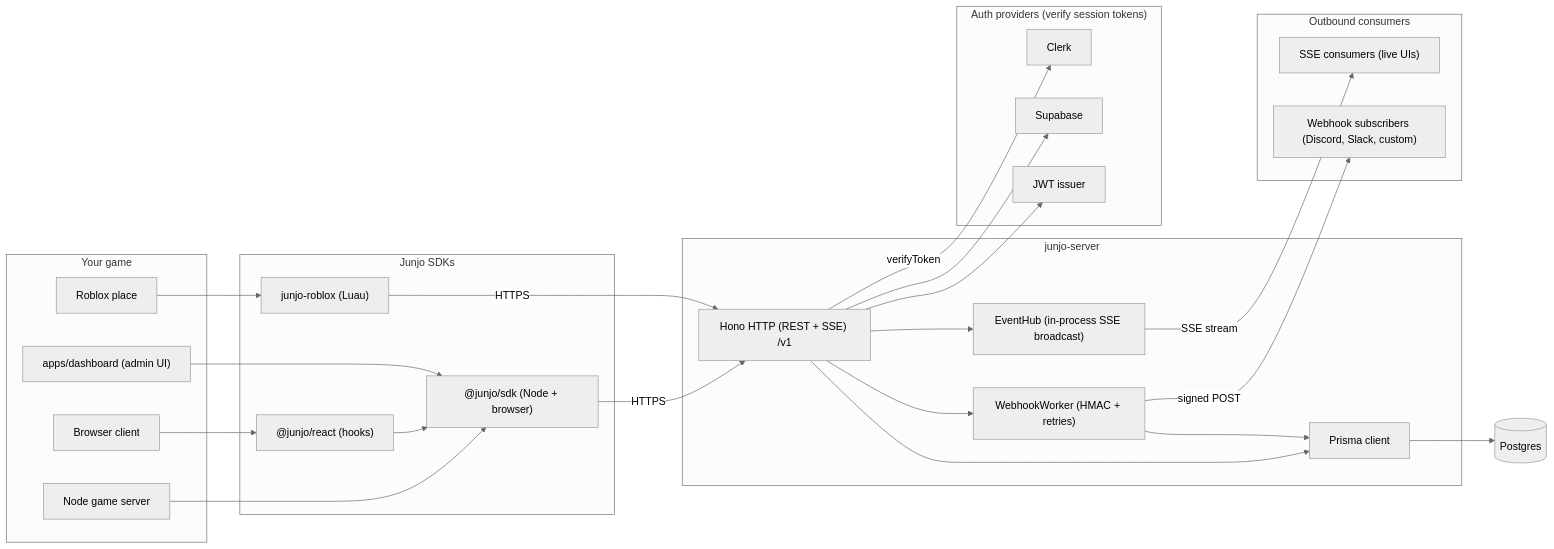
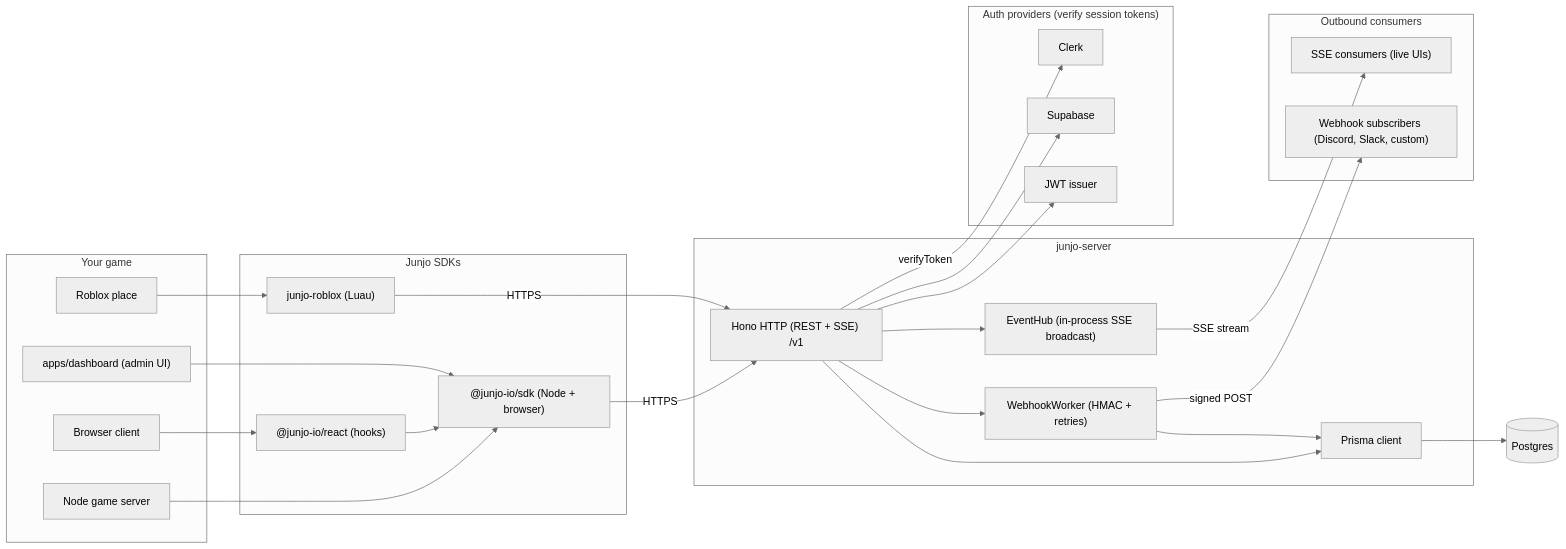
One commit to GabeCurran/junjo changed the diagram in apps/docs/pages/index.mdx. Above: the diagram before and after it, drawn with Mermaid. The commit also changed other lines of this file and 126 other files, not shown here.

````diff
--- a/apps/docs/pages/index.mdx
+++ b/apps/docs/pages/index.mdx
@@ -13,58 +13,58 @@
 ```mermaid
 %%{init: {'theme': 'neutral'}}%%
 flowchart LR
   subgraph clients["Your game"]
     nodeApp["Node game server"]
     browserApp["Browser client"]
     robloxApp["Roblox place"]
     dashboard["apps/dashboard (admin UI)"]
   end
 
   subgraph sdks["Junjo SDKs"]
-    tsSdk["@junjo/sdk (Node + browser)"]
-    reactSdk["@junjo/react (hooks)"]
+    tsSdk["@junjo-io/sdk (Node + browser)"]
+    reactSdk["@junjo-io/react (hooks)"]
     robloxSdk["junjo-roblox (Luau)"]
   end
 
   subgraph server["junjo-server"]
     hono["Hono HTTP (REST + SSE) /v1"]
     eventHub["EventHub (in-process SSE broadcast)"]
     webhookWorker["WebhookWorker (HMAC + retries)"]
     prisma["Prisma client"]
   end
 
   postgres[("Postgres")]
 
   subgraph auth["Auth providers (verify session tokens)"]
     clerk["Clerk"]
     supabase["Supabase"]
     jwt["JWT issuer"]
   end
 
   subgraph subscribers["Outbound consumers"]
     sseClient["SSE consumers (live UIs)"]
     webhookSink["Webhook subscribers (Discord, Slack, custom)"]
   end
 
   nodeApp --> tsSdk
   browserApp --> reactSdk
   reactSdk --> tsSdk
   robloxApp --> robloxSdk
   dashboard --> tsSdk
 
   tsSdk -- HTTPS --> hono
   robloxSdk -- HTTPS --> hono
 
   hono --> eventHub
   hono --> webhookWorker
   hono --> prisma
   webhookWorker --> prisma
   prisma --> postgres
 
   hono -- verifyToken --> clerk
   hono --> supabase
   hono --> jwt
 
   eventHub -- SSE stream --> sseClient
   webhookWorker -- signed POST --> webhookSink
 ```
````
